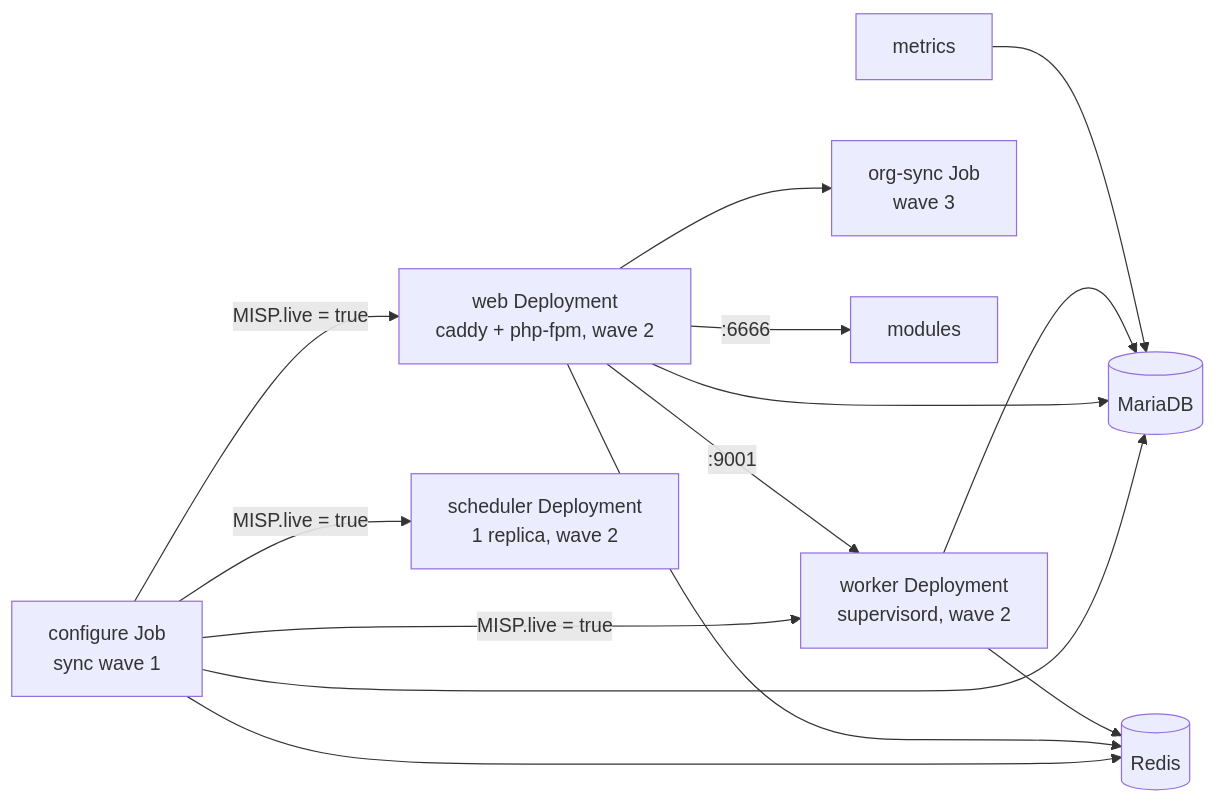
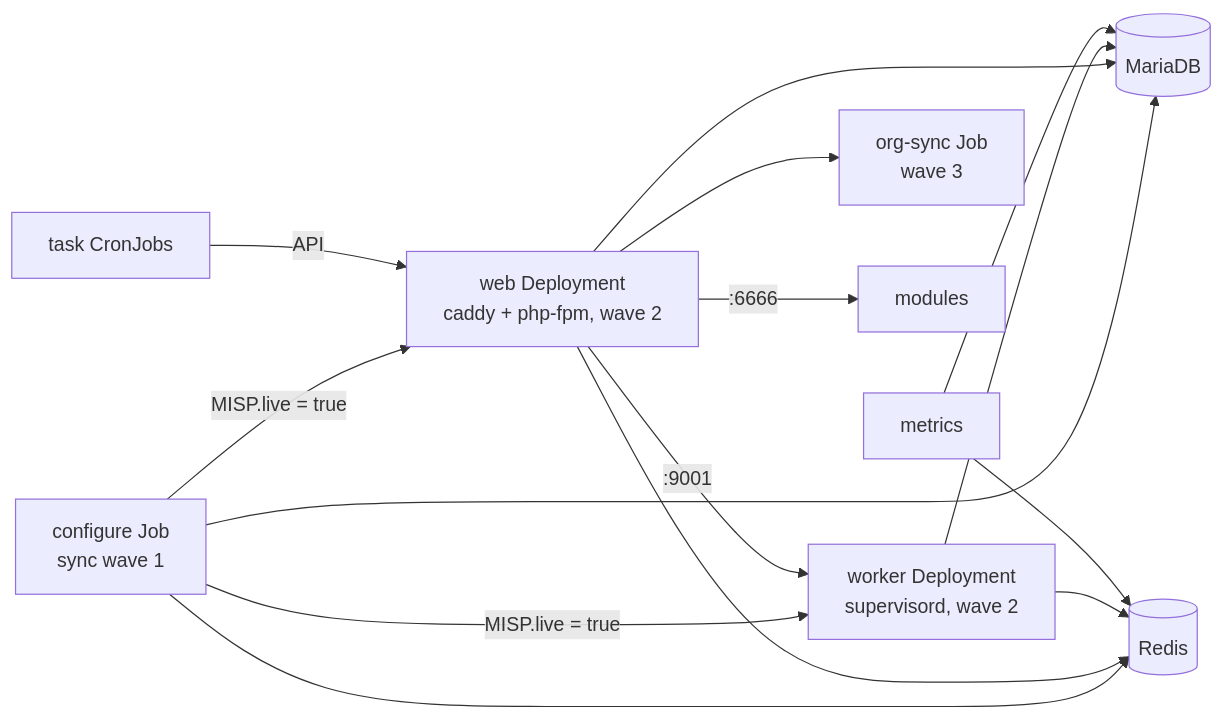
The diagram in README.md (oivindoh/misp-container), drawn with Mermaid before and after one commit. The commit also changed other lines of this file and 25 other files, not shown here.

Commit message:
read the job queue depth from redis, post server pulls and pushes, and let the task runner own all periodic work so misp's scheduler never runs

````diff
--- a/README.md
+++ b/README.md
@@ -47,16 +47,17 @@
 ```mermaid
 flowchart LR
     cfg[configure Job<br/>sync wave 1] -->|MISP.live = true| web[web Deployment<br/>caddy + php-fpm, wave 2]
     cfg -->|MISP.live = true| worker[worker Deployment<br/>supervisord, wave 2]
-    cfg -->|MISP.live = true| sched[scheduler Deployment<br/>1 replica, wave 2]
     web --> sync[org-sync Job<br/>wave 3]
     cfg --> db[(MariaDB)]
     cfg --> redis[(Redis)]
     web --> db
     web --> redis
     worker --> db
     worker --> redis
     web -->|:9001| worker
     web -->|:6666| modules[modules]
     metrics[metrics] --> db
+    metrics --> redis
+    tasks[task CronJobs] -->|API| web
 ```
````
